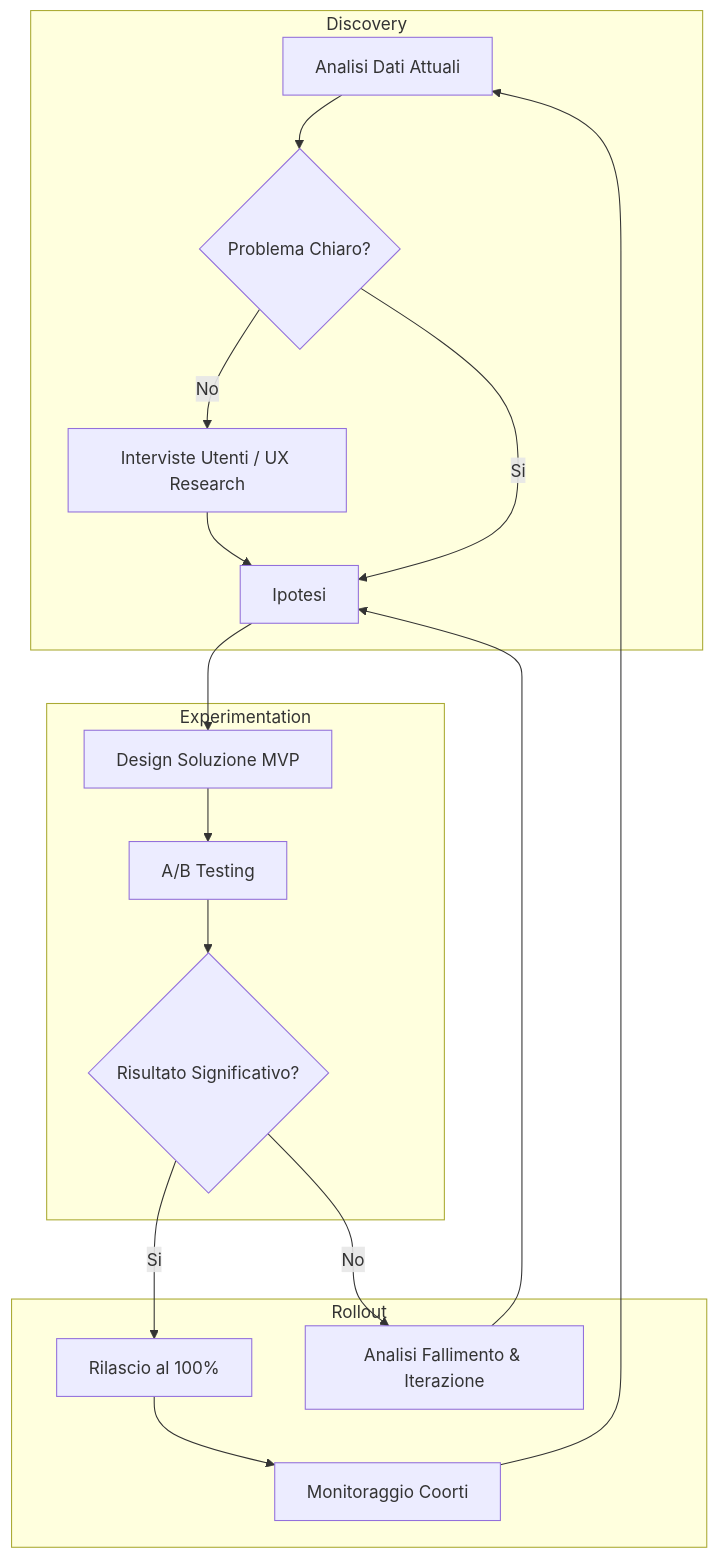
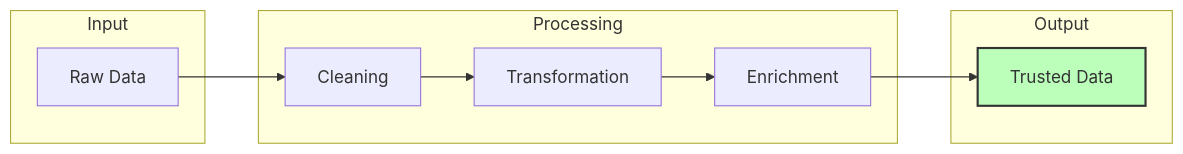
The second of 2 diagrams in src/content/corso/analisi-prodotto/caso-studio.mdx (AndreyBertasini/gynnitech), drawn with Mermaid before and after one commit. The commit also changed other lines of this file and 169 other files, not shown here.

````diff
--- a/src/content/corso/analisi-prodotto/caso-studio.mdx
+++ b/src/content/corso/analisi-prodotto/caso-studio.mdx
@@ -57,24 +84,16 @@
 ```mermaid
-flowchart TD
-    subgraph Discovery
-        A[Analisi Dati Attuali] --> B{Problema Chiaro?}
-        B -- No --> C[Interviste Utenti / UX Research]
-        C --> D[Ipotesi]
-        B -- Si --> D
+flowchart LR
+    subgraph Input
+    A[Raw Data]
     end
-
-    subgraph Experimentation
-        D --> E[Design Soluzione MVP]
-        E --> F[A/B Testing]
-        F --> G{Risultato Significativo?}
+    subgraph Processing
+    B[Cleaning] --> C[Transformation]
+    C --> D[Enrichment]
     end
-
-    subgraph Rollout
-        G -- Si --> H[Rilascio al 100%]
-        G -- No --> I[Analisi Fallimento & Iterazione]
-        H --> L[Monitoraggio Coorti]
+    subgraph Output
+    E[Trusted Data]
     end
-
-    L --> A
-    I --> D
+    A --> B
+    D --> E
+    style E fill:#bfb,stroke:#333,stroke-width:2px
 ```
````
